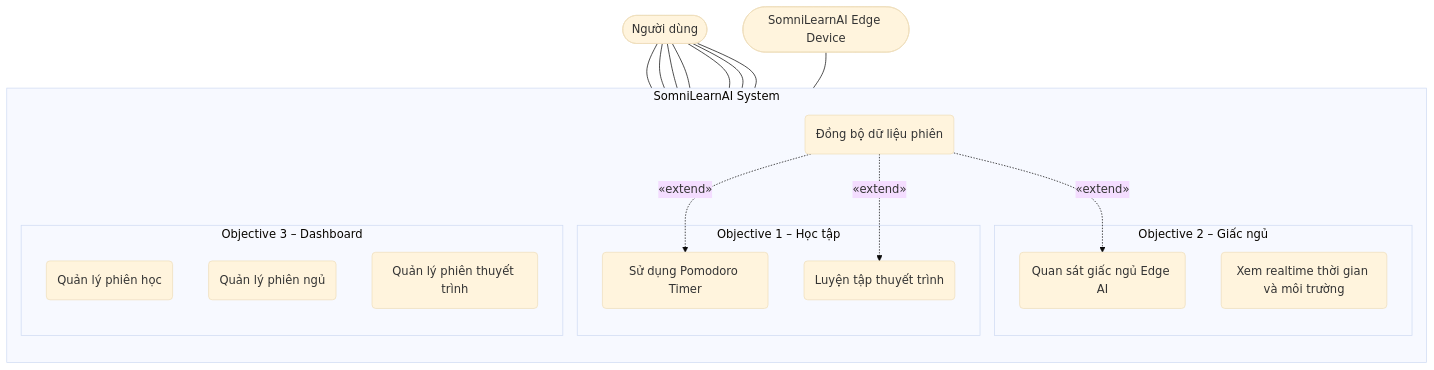
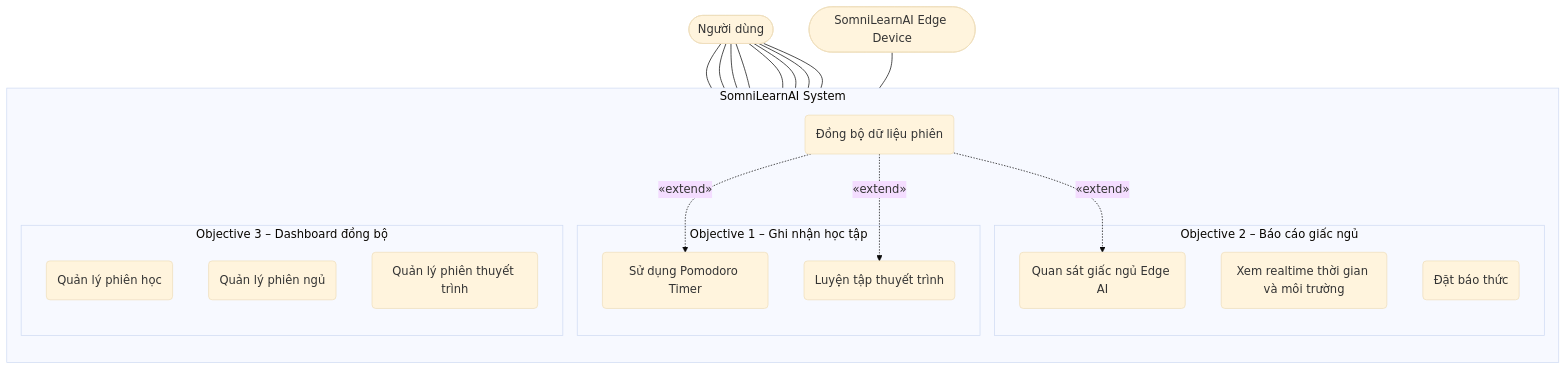
One commit to Computer-Vision-HCMUS/AIoT-Server changed the first of 11 diagrams in docs/Spectification/SmartClock/03_Objectives.md. Above: the diagram before and after it, drawn with Mermaid (base theme). The commit also changed other lines of this file and 75 other files, not shown here.

Commit message:
Update SmartClock presentation to reflect new branding as SomniLearnAI, enhance content with additional features like alarm setting, and revise specifications to include improved sleep monitoring and user manual details. Remove outdated images and add new architecture diagrams.

````diff
--- a/docs/Spectification/SmartClock/03_Objectives.md
+++ b/docs/Spectification/SmartClock/03_Objectives.md
@@ -15,36 +15,38 @@
 ```mermaid
 flowchart TD
     User(["Người dùng"])
     EdgeSystem(["SomniLearnAI Edge Device"])
 
     subgraph System["SomniLearnAI System"]
         direction TB
-        subgraph OBJ1["Objective 1 – Học tập"]
+        subgraph OBJ1["Objective 1 – Ghi nhận học tập"]
             UC1("Sử dụng Pomodoro Timer")
             UC2("Luyện tập thuyết trình")
         end
-        subgraph OBJ2["Objective 2 – Giấc ngủ"]
+        subgraph OBJ2["Objective 2 – Báo cáo giấc ngủ"]
             UC3("Quan sát giấc ngủ Edge AI")
             UC4("Xem realtime thời gian và môi trường")
+            UC9("Đặt báo thức")
         end
-        subgraph OBJ3["Objective 3 – Dashboard"]
+        subgraph OBJ3["Objective 3 – Dashboard đồng bộ"]
             UC5("Quản lý phiên học")
             UC6("Quản lý phiên ngủ")
             UC7("Quản lý phiên thuyết trình")
         end
         UC8("Đồng bộ dữ liệu phiên")
     end
 
     User --- UC1
     User --- UC2
     User --- UC3
     User --- UC4
+    User --- UC9
     User --- UC5
     User --- UC6
     User --- UC7
     EdgeSystem --- UC8
 
     UC8 -. "«extend»" .-> UC1
     UC8 -. "«extend»" .-> UC2
     UC8 -. "«extend»" .-> UC3
 ```
````
